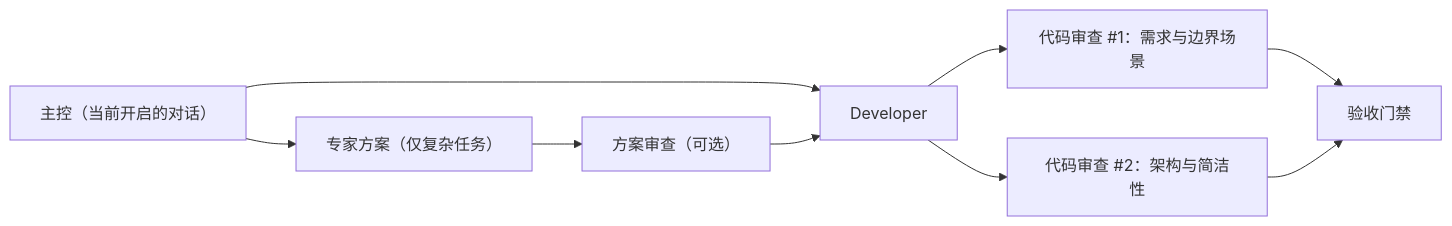
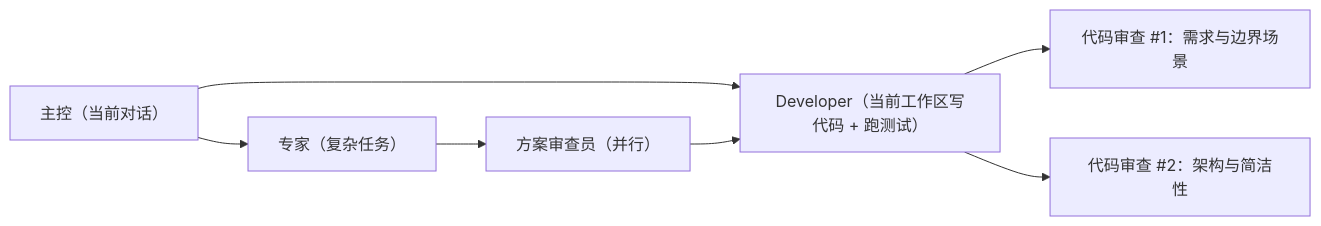
The diagram in README.zh-CN.md (OliverWalker1122/paseo-team), drawn with Mermaid before and after one commit. The commit also changed other lines of this file and 29 other files, not shown here.

````diff
--- a/README.zh-CN.md
+++ b/README.zh-CN.md
@@ -90,11 +86,9 @@
 ```mermaid
 flowchart LR
-  C["主控（当前开启的对话）"] --> E["专家方案（仅复杂任务）"]
-  E --> P["方案审查（可选）"]
-  C --> D["Developer"]
+  C["主控（当前对话）"] --> E["专家（复杂任务）"]
+  E --> P["方案审查员（并行）"]
+  C --> D["Developer（当前工作区写代码 + 跑测试）"]
   P --> D
   D --> R1["代码审查 #1：需求与边界场景"]
   D --> R2["代码审查 #2：架构与简洁性"]
-  R1 --> G["验收门禁"]
-  R2 --> G
 ```
````
